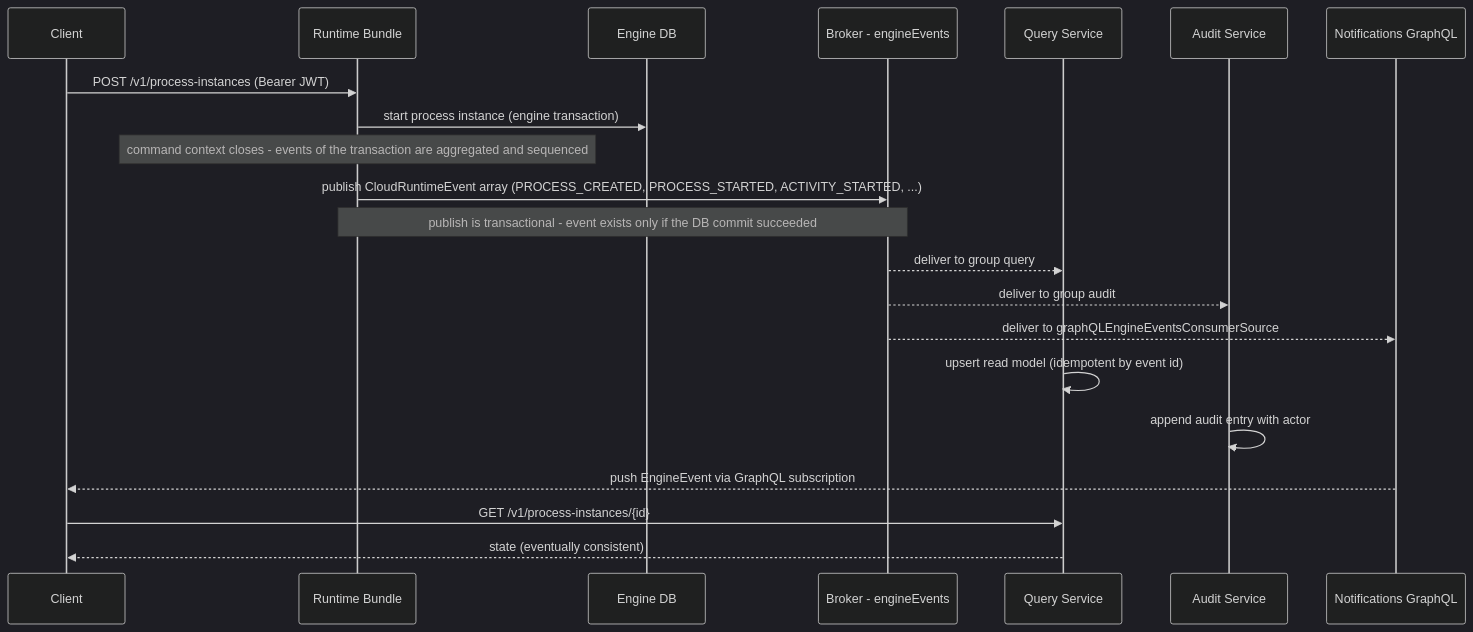
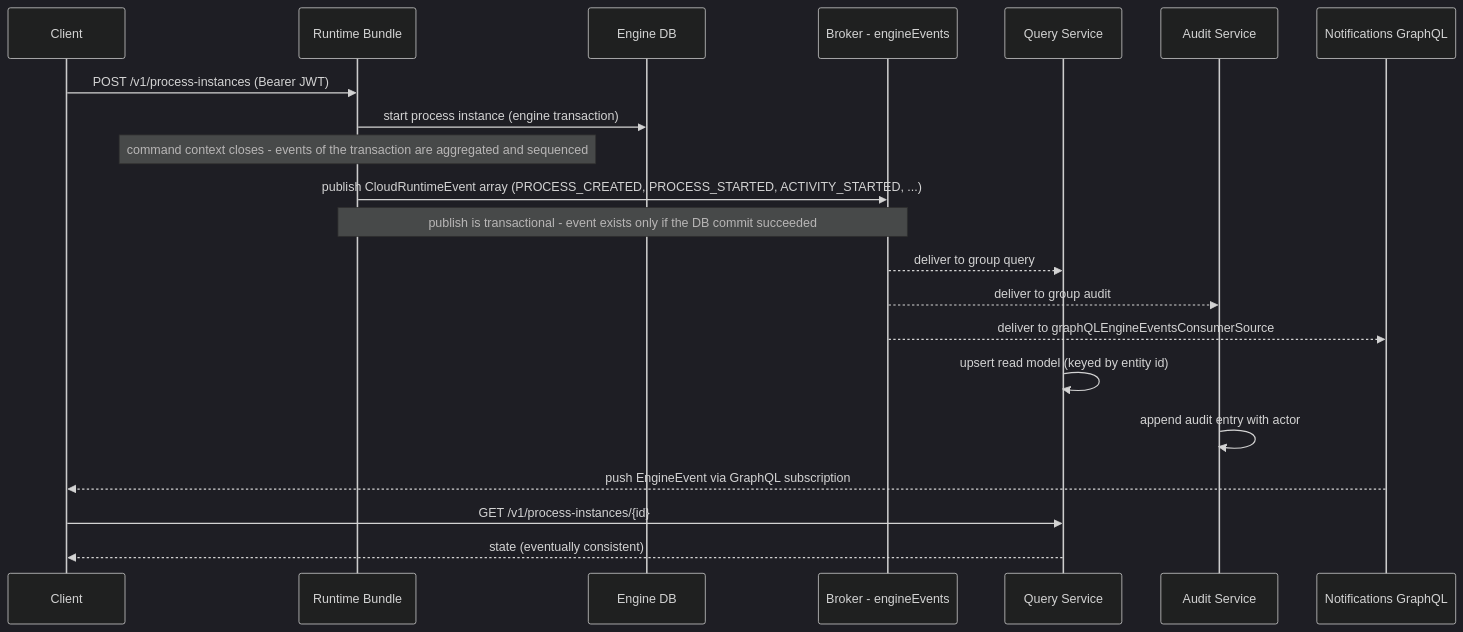
One commit to CaptainGlac1er/activiti-documentation changed the diagram in docs/cloud/architecture/event-driven.md. Above: the diagram before and after it, drawn with Mermaid (dark theme). The commit also changed other lines of this file and 18 other files, not shown here.

````diff
--- a/docs/cloud/architecture/event-driven.md
+++ b/docs/cloud/architecture/event-driven.md
@@ -177,24 +178,24 @@
 ```mermaid
 sequenceDiagram
     participant C as Client
     participant RB as Runtime Bundle
     participant DB as Engine DB
     participant MQ as Broker - engineEvents
     participant Q as Query Service
     participant A as Audit Service
     participant G as Notifications GraphQL
 
     C->>RB: POST /v1/process-instances (Bearer JWT)
     RB->>DB: start process instance (engine transaction)
     Note over RB: command context closes - events of the transaction are aggregated and sequenced
     RB->>MQ: publish CloudRuntimeEvent array (PROCESS_CREATED, PROCESS_STARTED, ACTIVITY_STARTED, ...)
     Note over RB,MQ: publish is transactional - event exists only if the DB commit succeeded
     MQ-->>Q: deliver to group query
     MQ-->>A: deliver to group audit
     MQ-->>G: deliver to graphQLEngineEventsConsumerSource
-    Q->>Q: upsert read model (idempotent by event id)
+    Q->>Q: upsert read model (keyed by entity id)
     A->>A: append audit entry with actor
     G-->>C: push EngineEvent via GraphQL subscription
     C->>Q: GET /v1/process-instances/{id}
     Q-->>C: state (eventually consistent)
 ```
````
